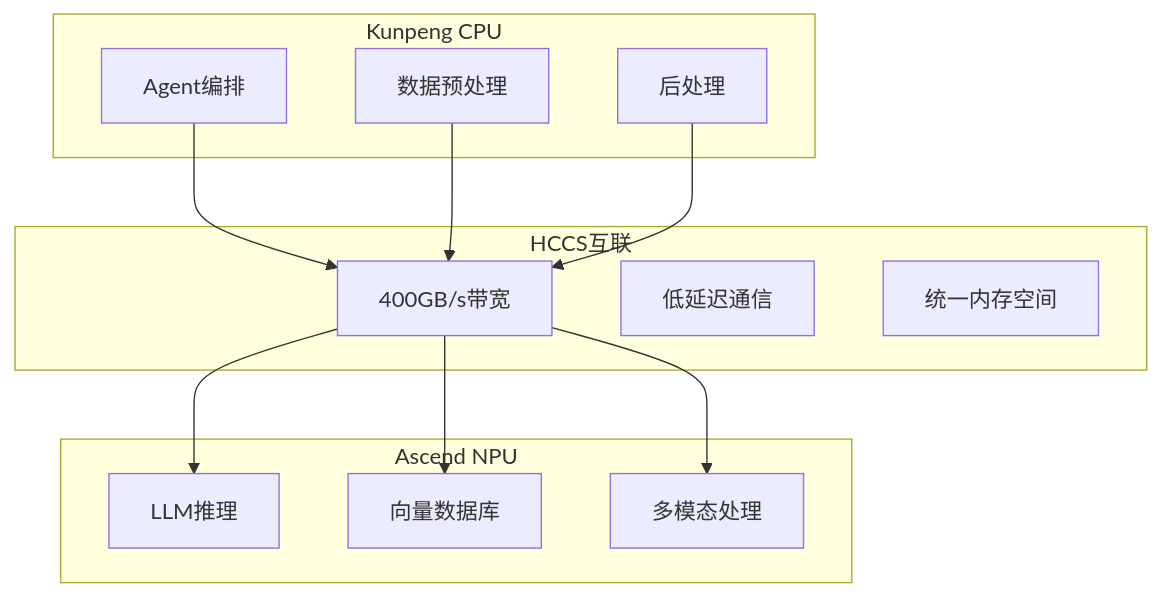
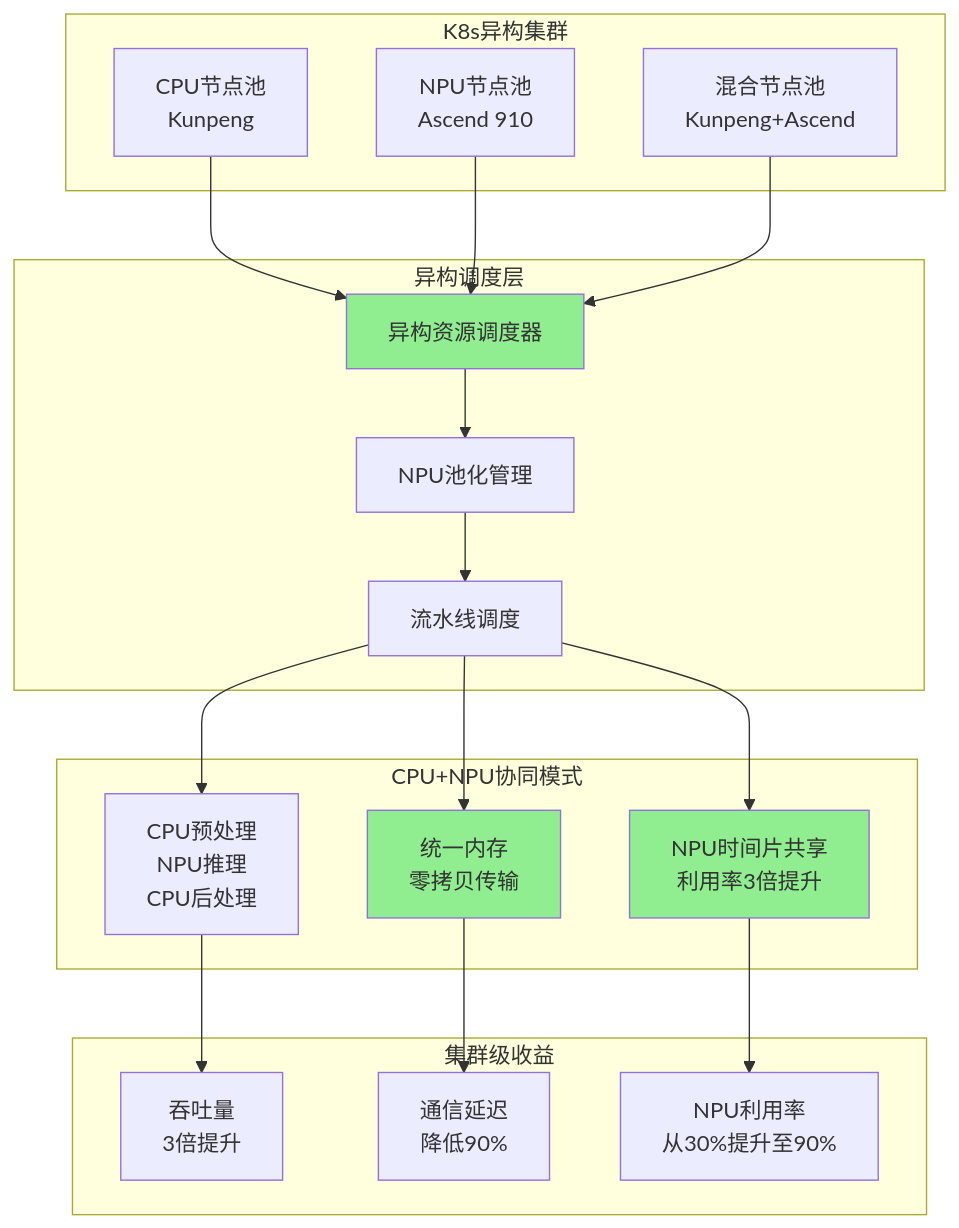
Before and after one commit to QJWang23/sandbox: diagram 15 of 21 in docs/superpowers/specs/2026-03-22-agent-sandbox-technical-roadmap.md, drawn with Mermaid. The commit also changed other lines of this file, not shown here.

First line of the commit message:
Update technical roadmap with cluster-level infrastructure focus

````diff
--- a/docs/superpowers/specs/2026-03-22-agent-sandbox-technical-roadmap.md
+++ b/docs/superpowers/specs/2026-03-22-agent-sandbox-technical-roadmap.md
@@ -574,24 +666,32 @@
 ```mermaid
 graph TB
-    subgraph "Kunpeng CPU"
-        A[Agent编排]
-        B[数据预处理]
-        C[后处理]
+    subgraph "K8s异构集群"
+        A[CPU节点池<br/>Kunpeng]
+        B[NPU节点池<br/>Ascend 910]
+        C[混合节点池<br/>Kunpeng+Ascend]
     end
 
-    subgraph "Ascend NPU"
-        D[LLM推理]
-        E[向量数据库]
-        F[多模态处理]
+    subgraph "异构调度层"
+        A --> D[异构资源调度器]
+        B --> D
+        C --> D
+        D --> E[NPU池化管理]
+        E --> F[流水线调度]
     end
 
-    subgraph "HCCS互联"
-        G[400GB/s带宽]
-        H[低延迟通信]
-        I[统一内存空间]
+    subgraph "CPU+NPU协同模式"
+        F --> G[CPU预处理<br/>NPU推理<br/>CPU后处理]
+        F --> H[统一内存<br/>零拷贝传输]
+        F --> I[NPU时间片共享<br/>利用率3倍提升]
     end
 
-    A --> G --> D
-    B --> G --> E
-    C --> G --> F
+    subgraph "集群级收益"
+        G --> J[吞吐量<br/>3倍提升]
+        H --> K[通信延迟<br/>降低90%]
+        I --> L[NPU利用率<br/>从30%提升至90%]
+    end
+
+    style D fill:#90EE90
+    style H fill:#90EE90
+    style I fill:#90EE90
 ```
````
